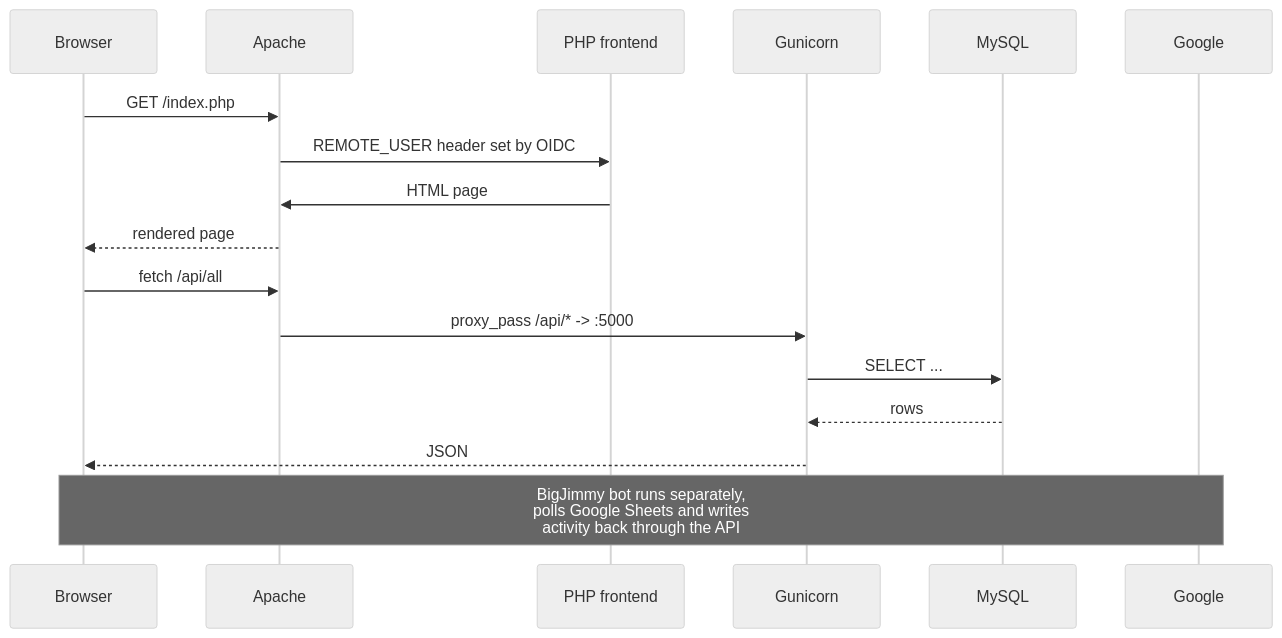
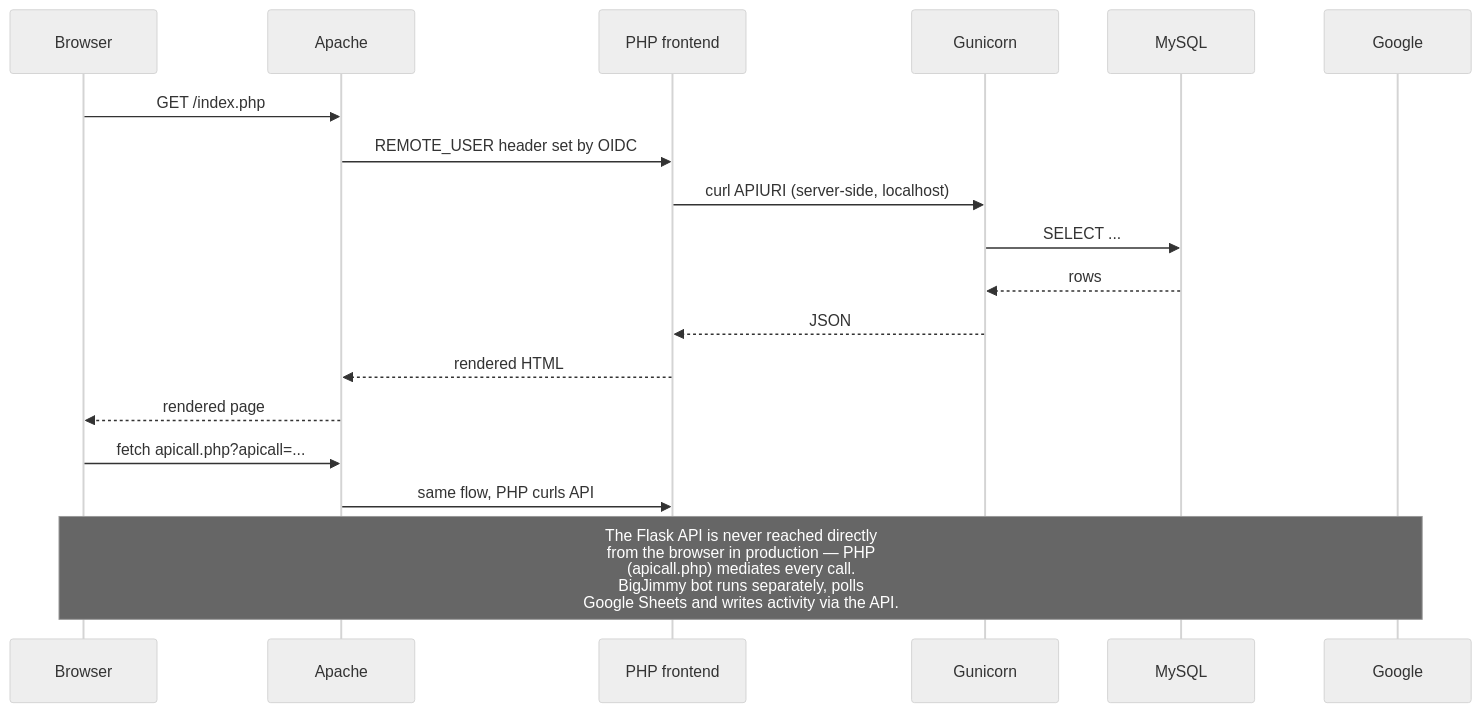
The diagram in docs/OPERATIONS.md (bigjimmy/puzzleboss2), drawn with Mermaid (neutral theme) before and after one commit. The commit also changed other lines of this file and 2 other files, not shown here.

Commit message:
Fix three architecture inaccuracies in docs
- BigJimmy bot: was described as "disabled by default in Docker" which
  conflated the dev stack with all Docker uses; supervisord-prod.conf
  has autostart=true. Now: "enabled in production; disabled in the
  local dev stack."
- Drop the "www/ is the docroot" note — Apache config trivia that
  doesn't help an operator understand Puzzleboss.
- Correct the request-flow description: in production the Flask API
  is NOT exposed to the browser via an Apache /api reverse proxy. PHP
  (apicall.php) mediates every call server-side via curl to APIURI.
  Apache only proxies Swagger-related paths (/apidocs, /flasgger_static,
  /apispec_1.json). The dev Docker stack additionally publishes :5000
  for direct Swagger access. Updated the OPERATIONS sequence diagram,
  docker/README architecture diagram, and the SETUP standalone-deploy
  step accordingly.

````diff
--- a/docs/OPERATIONS.md
+++ b/docs/OPERATIONS.md
@@ -15,19 +15,20 @@
 ```mermaid
 sequenceDiagram
     participant Browser
     participant Apache
     participant PHP as PHP frontend
     participant Gunicorn
     participant MySQL
     participant Google
     Browser->>Apache: GET /index.php
     Apache->>PHP: REMOTE_USER header set by OIDC
-    PHP->>Apache: HTML page
-    Apache-->>Browser: rendered page
-    Browser->>Apache: fetch /api/all
-    Apache->>Gunicorn: proxy_pass /api/* -> :5000
+    PHP->>Gunicorn: curl APIURI (server-side, localhost)
     Gunicorn->>MySQL: SELECT ...
     MySQL-->>Gunicorn: rows
-    Gunicorn-->>Browser: JSON
-    Note over Browser,Google: BigJimmy bot runs separately,<br/>polls Google Sheets and writes<br/>activity back through the API
+    Gunicorn-->>PHP: JSON
+    PHP-->>Apache: rendered HTML
+    Apache-->>Browser: rendered page
+    Browser->>Apache: fetch apicall.php?apicall=...
+    Apache->>PHP: same flow, PHP curls API
+    Note over Browser,Google: The Flask API is never reached directly<br/>from the browser in production — PHP<br/>(apicall.php) mediates every call.<br/>BigJimmy bot runs separately, polls<br/>Google Sheets and writes activity via the API.
 ```
````
